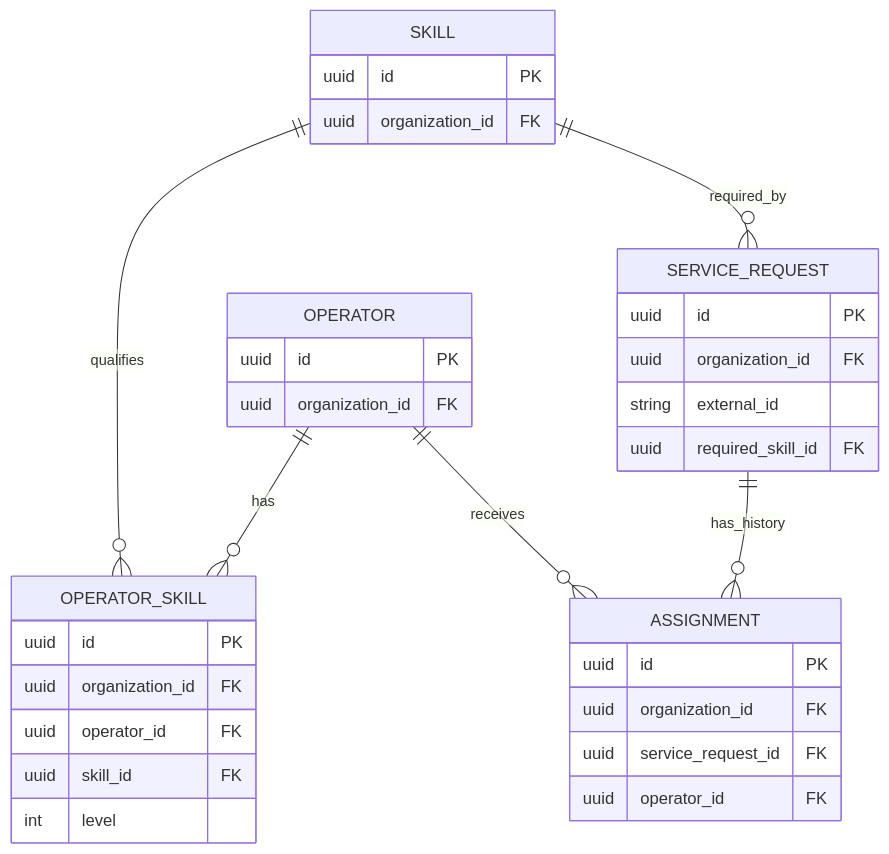
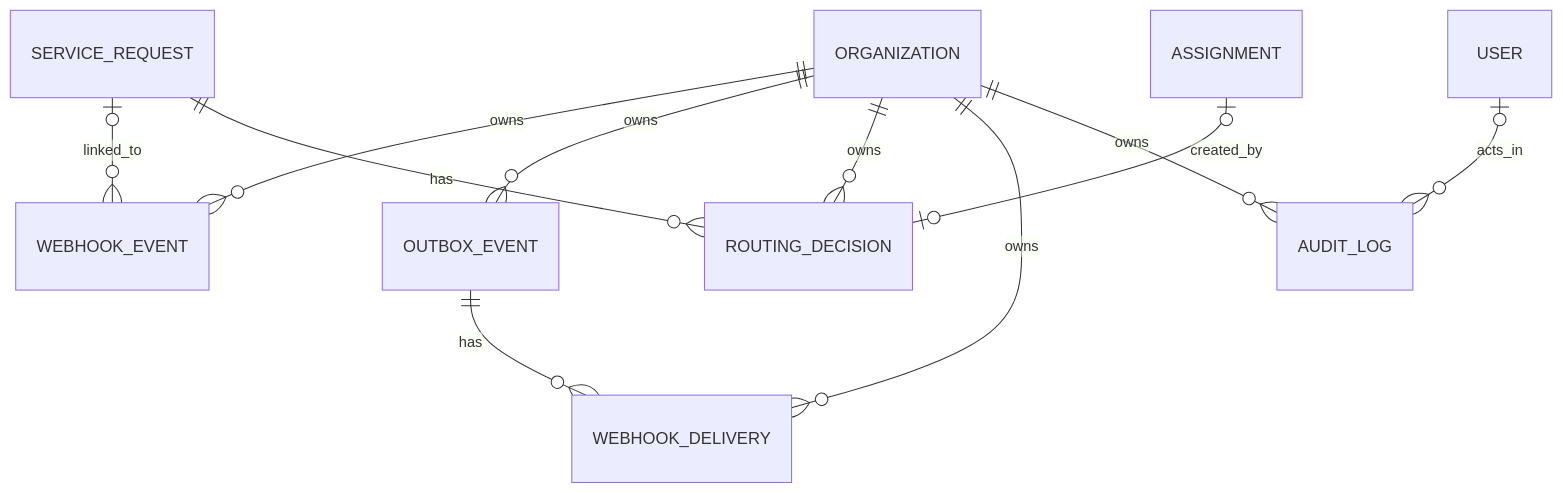
Before and after one commit to DavidCampolongo/pulseroute: the second of 2 diagrams in docs/core-schema-erd.md, drawn with Mermaid. The commit also changed other lines of this file, not shown here.

Commit message:
docs: updated databse ERD

````diff
--- a/docs/core-schema-erd.md
+++ b/docs/core-schema-erd.md
@@ -73,40 +43,15 @@
 ```mermaid
 erDiagram
-    OPERATOR ||--o{ OPERATOR_SKILL : has
-    SKILL ||--o{ OPERATOR_SKILL : qualifies
-    SKILL ||--o{ SERVICE_REQUEST : required_by
-    SERVICE_REQUEST ||--o{ ASSIGNMENT : has_history
-    OPERATOR ||--o{ ASSIGNMENT : receives
+    ORGANIZATION ||--o{ WEBHOOK_EVENT : owns
+    ORGANIZATION ||--o{ OUTBOX_EVENT : owns
+    ORGANIZATION ||--o{ ROUTING_DECISION : owns
+    ORGANIZATION ||--o{ WEBHOOK_DELIVERY : owns
+    ORGANIZATION ||--o{ AUDIT_LOG : owns
 
-    OPERATOR {
-        uuid id PK
-        uuid organization_id FK
-    }
+    SERVICE_REQUEST o|--o{ WEBHOOK_EVENT : linked_to
+    SERVICE_REQUEST ||--o{ ROUTING_DECISION : has
+    ASSIGNMENT o|--o| ROUTING_DECISION : created_by
 
-    SKILL {
-        uuid id PK
-        uuid organization_id FK
-    }
-
-    OPERATOR_SKILL {
-        uuid id PK
-        uuid organization_id FK
-        uuid operator_id FK
-        uuid skill_id FK
-        int level
-    }
-
-    SERVICE_REQUEST {
-        uuid id PK
-        uuid organization_id FK
-        string external_id
-        uuid required_skill_id FK
-    }
-
-    ASSIGNMENT {
-        uuid id PK
-        uuid organization_id FK
-        uuid service_request_id FK
-        uuid operator_id FK
-    }
+    OUTBOX_EVENT ||--o{ WEBHOOK_DELIVERY : has
+    USER o|--o{ AUDIT_LOG : acts_in
 ```
````
